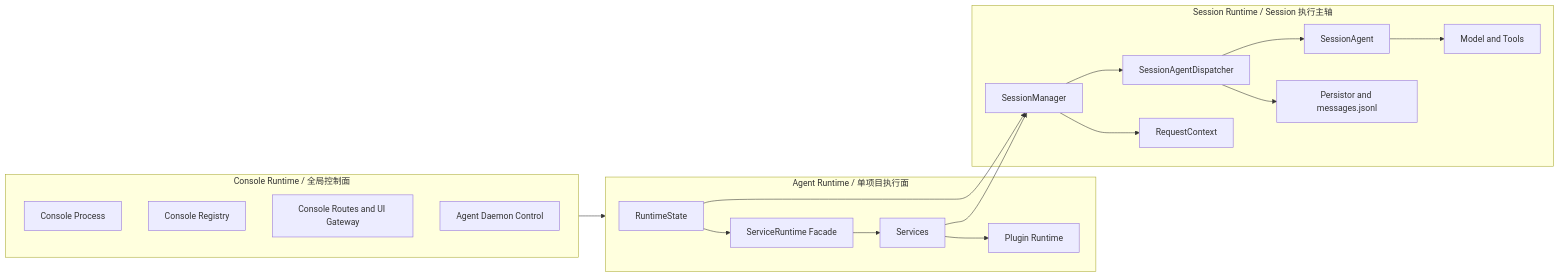
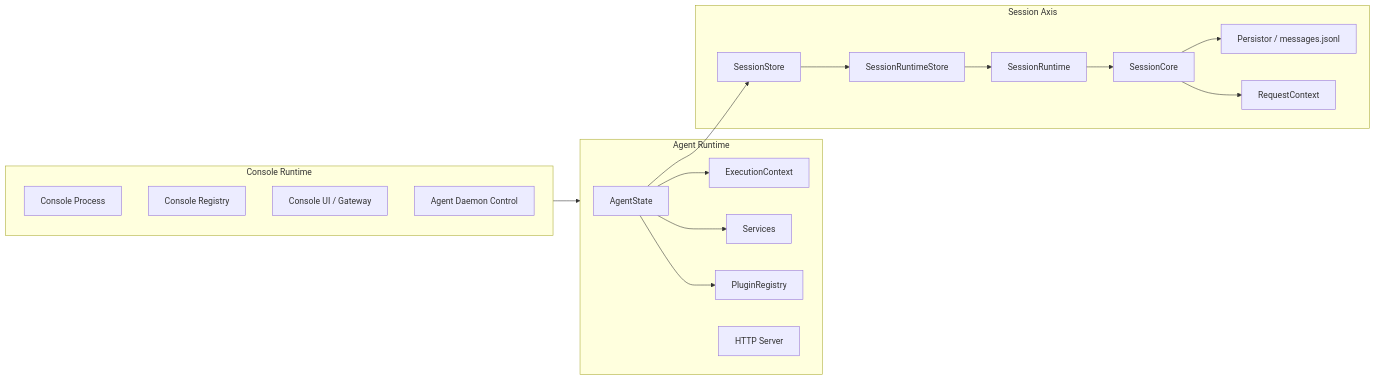
Before and after one commit to wangenius/downcity: the first of 3 diagrams in homepage/content/devdocs/zh/session/console-and-session-runtime.mdx, drawn with Mermaid. The commit also changed other lines of this file and 37 other files, not shown here.

````diff
--- a/homepage/content/devdocs/zh/session/console-and-session-runtime.mdx
+++ b/homepage/content/devdocs/zh/session/console-and-session-runtime.mdx
@@ -51,37 +48,37 @@
 ```mermaid
 flowchart LR
-  subgraph Console["Console Runtime / 全局控制面"]
+  subgraph Console["Console Runtime"]
     C1["Console Process"]
     C2["Console Registry"]
-    C3["Console Routes and UI Gateway"]
+    C3["Console UI / Gateway"]
     C4["Agent Daemon Control"]
   end
 
-  subgraph Agent["Agent Runtime / 单项目执行面"]
-    A1["RuntimeState"]
-    A2["ServiceRuntime Facade"]
+  subgraph Agent["Agent Runtime"]
+    A1["AgentState"]
+    A2["ExecutionContext"]
     A3["Services"]
-    A4["Plugin Runtime"]
+    A4["PluginRegistry"]
+    A5["HTTP Server"]
   end
 
-  subgraph Session["Session Runtime / Session 执行主轴"]
-    S1["SessionManager"]
-    S2["SessionAgentDispatcher"]
-    S3["SessionAgent"]
-    S4["Persistor and messages.jsonl"]
-    S5["RequestContext"]
-    S6["Model and Tools"]
+  subgraph Session["Session Axis"]
+    S1["SessionStore"]
+    S2["SessionRuntimeStore"]
+    S3["SessionRuntime"]
+    S4["SessionCore"]
+    S5["Persistor / messages.jsonl"]
+    S6["RequestContext"]
   end
 
   Console --> Agent
   A1 --> A2
+  A1 --> A3
+  A1 --> A4
   A1 --> S1
   S1 --> S2
   S2 --> S3
-  S2 --> S4
-  S1 --> S5
-  S3 --> S6
-  A2 --> A3
-  A3 --> S1
-  A3 --> A4
+  S3 --> S4
+  S4 --> S5
+  S4 --> S6
 ```
````
